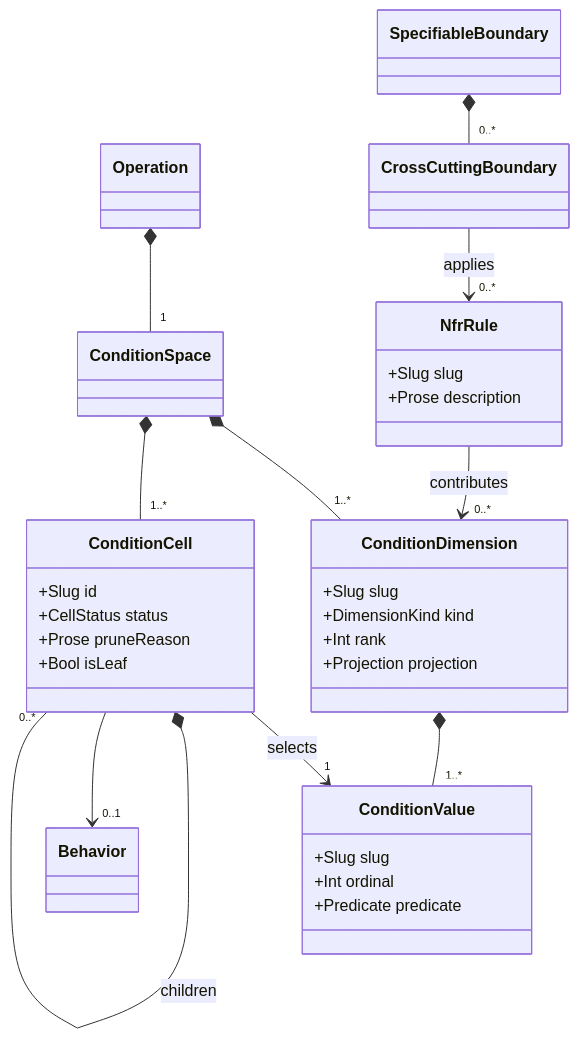
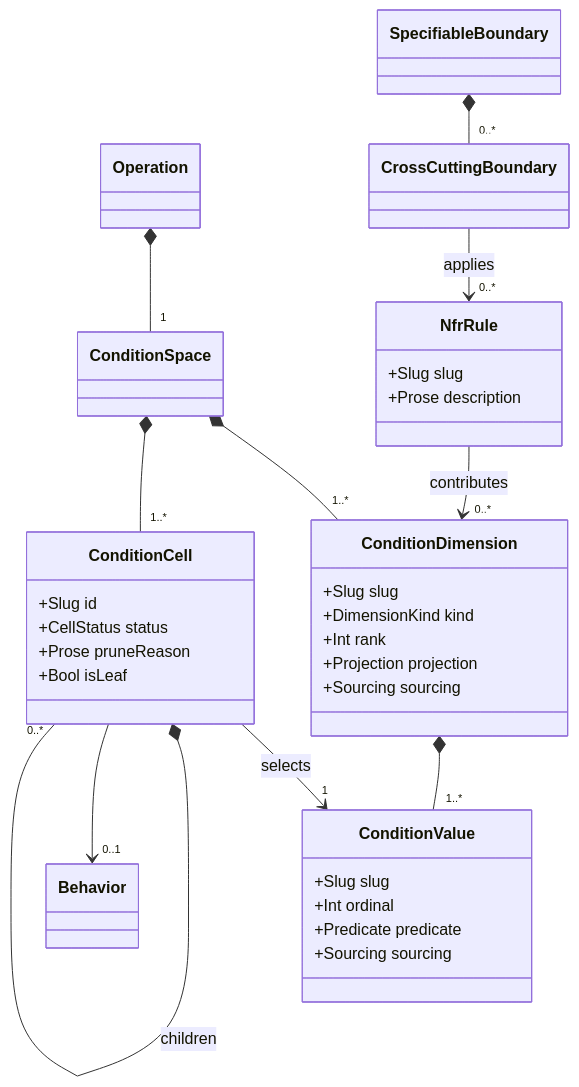
The diagram in docs/design/design-assistant/datamodel/condition-model.md (weaver-engineering/agent-plugins-docs), drawn with Mermaid before and after one commit. The commit also changed other lines of this file and 10 other files, not shown here.

````diff
--- a/docs/design/design-assistant/datamodel/condition-model.md
+++ b/docs/design/design-assistant/datamodel/condition-model.md
@@ -140,42 +200,44 @@
 ```mermaid
 classDiagram
     direction TB
 
     class Operation
     class ConditionSpace
     class ConditionDimension {
         +Slug slug
         +DimensionKind kind
         +Int rank
         +Projection projection
+        +Sourcing sourcing
     }
     class ConditionValue {
         +Slug slug
         +Int ordinal
         +Predicate predicate
+        +Sourcing sourcing
     }
     class ConditionCell {
         +Slug id
         +CellStatus status
         +Prose pruneReason
         +Bool isLeaf
     }
     class NfrRule {
         +Slug slug
         +Prose description
     }
     class CrossCuttingBoundary
     class SpecifiableBoundary
     class Behavior
 
     Operation *-- "1" ConditionSpace
     ConditionSpace *-- "1..*" ConditionDimension
     ConditionSpace *-- "1..*" ConditionCell
     ConditionDimension *-- "1..*" ConditionValue
     ConditionCell --> "1" ConditionValue : selects
     ConditionCell *-- "0..*" ConditionCell : children
     ConditionCell --> "0..1" Behavior
     SpecifiableBoundary *-- "0..*" CrossCuttingBoundary
     CrossCuttingBoundary --> "0..*" NfrRule : applies
     NfrRule --> "0..*" ConditionDimension : contributes
 ```
````
